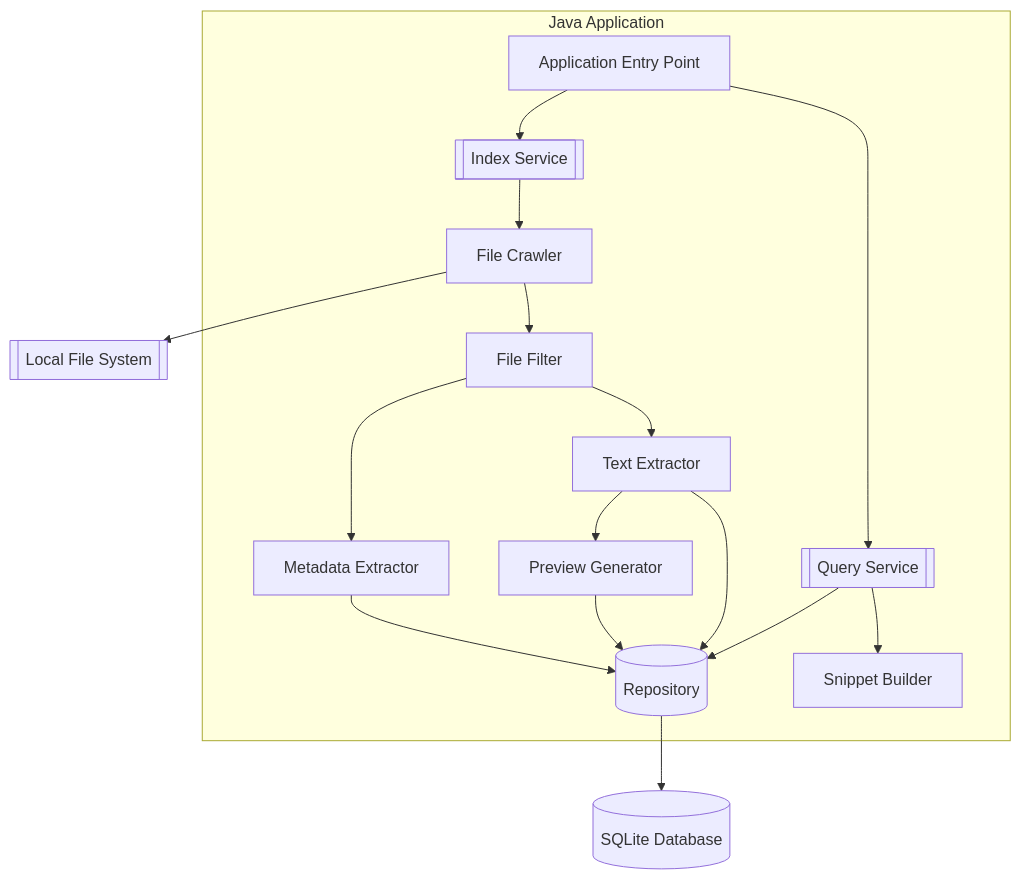
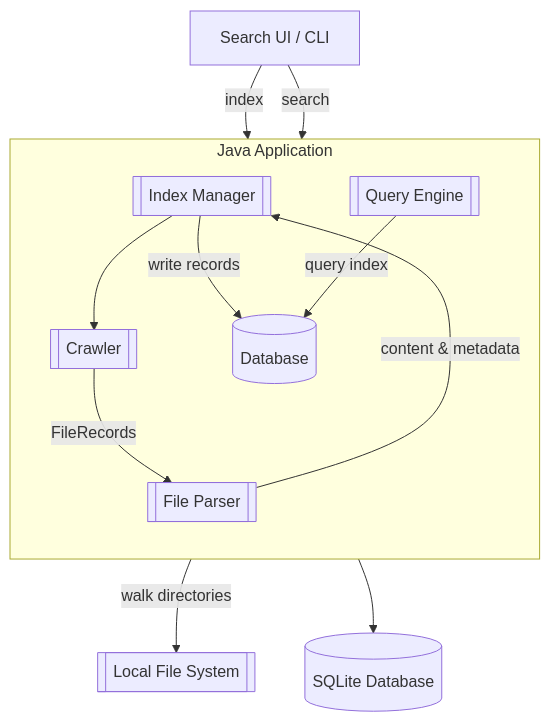
Before and after one commit to pold8/Local-Search-Engine: the third of 3 diagrams in ARHITECTURE.md, drawn with Mermaid. The commit also changed other lines of this file, not shown here.

Commit message:
modified the diagrams in arhitecture

````diff
--- a/ARHITECTURE.md
+++ b/ARHITECTURE.md
@@ -74,44 +58,39 @@
 ```mermaid
 flowchart TD
 
-    subgraph App[Java Application]
-
-        AppEntry[Application Entry Point]
-
-        IndexService[[Index Service]]
-        QueryService[[Query Service]]
-
-        Crawler[File Crawler]
-        Filter[File Filter]
-
-        Metadata[Metadata Extractor]
-        Text[Text Extractor]
-        Preview[Preview Generator]
-
-        Repo[(Repository)]
-        Snippet[Snippet Builder]
-    end
-
+    %% External Interfaces
+    FE[Search UI / CLI]
     FS[[Local File System]]
     DB[(SQLite Database)]
 
-    AppEntry --> IndexService
-    AppEntry --> QueryService
+    %% Application Layer
+    subgraph App[Java Application]
 
-    IndexService --> Crawler
-    Crawler --> FS
-    Crawler --> Filter
+        direction TB
 
-    Filter --> Metadata
-    Filter --> Text
-    Text --> Preview
+        IndexManager[[Index Manager]]
+        QueryEngine[[Query Engine]]
 
-    Metadata --> Repo
-    Text --> Repo
-    Preview --> Repo
+        Crawler[[Crawler]]
+        FileParser[[File Parser]]
 
-    Repo --> DB
+        Database[(Database)]
+    end
 
-    QueryService --> Repo
-    QueryService --> Snippet
+    %% User Interaction
+    FE -->|index| IndexManager
+    FE -->|search| QueryEngine
+
+    %% Indexing Pipeline
+    IndexManager --> Crawler
+    Crawler -->|walk directories| FS
+    Crawler -->|FileRecords| FileParser
+    FileParser -->|content & metadata| IndexManager
+
+    %% Persistence
+    IndexManager -->|write records| Database
+    Database --> DB
+
+    %% Query Flow
+    QueryEngine -->|query index| Database
 ```
````
